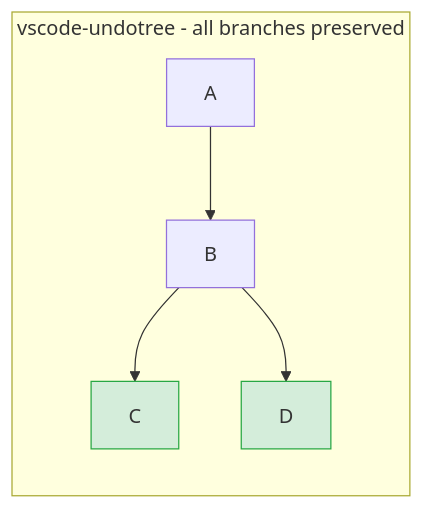
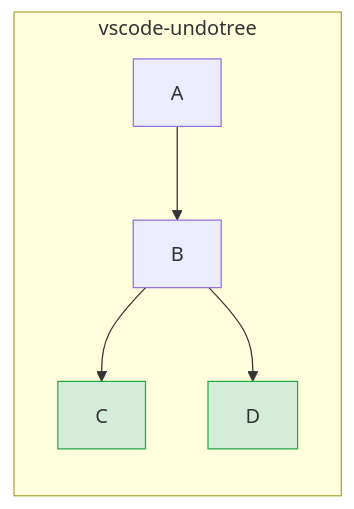
The third of 6 diagrams in README.md (mmiyaji/vscode-undotree), drawn with Mermaid before and after one commit. The commit also changed other lines of this file and 10 other files, not shown here.

````diff
--- a/README.md
+++ b/README.md
@@ -111,9 +173,9 @@
 ```mermaid
 graph LR
-  subgraph vscode-undotree - all branches preserved
-    A2[A] --> B2[B] --> C2[C]
-    B2 --> D2[D]
+  subgraph "vscode-undotree"
+    A2["A"] --> B2["B"] --> C2["C"]
+    B2 --> D2["D"]
     style C2 fill:#d4edda,stroke:#28a745
     style D2 fill:#d4edda,stroke:#28a745
   end
 ```
````
